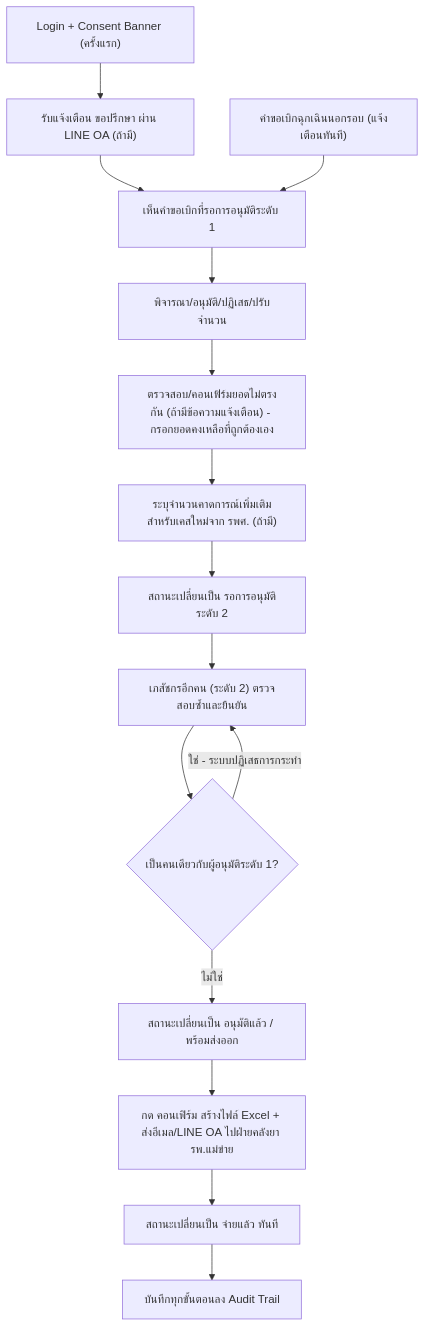
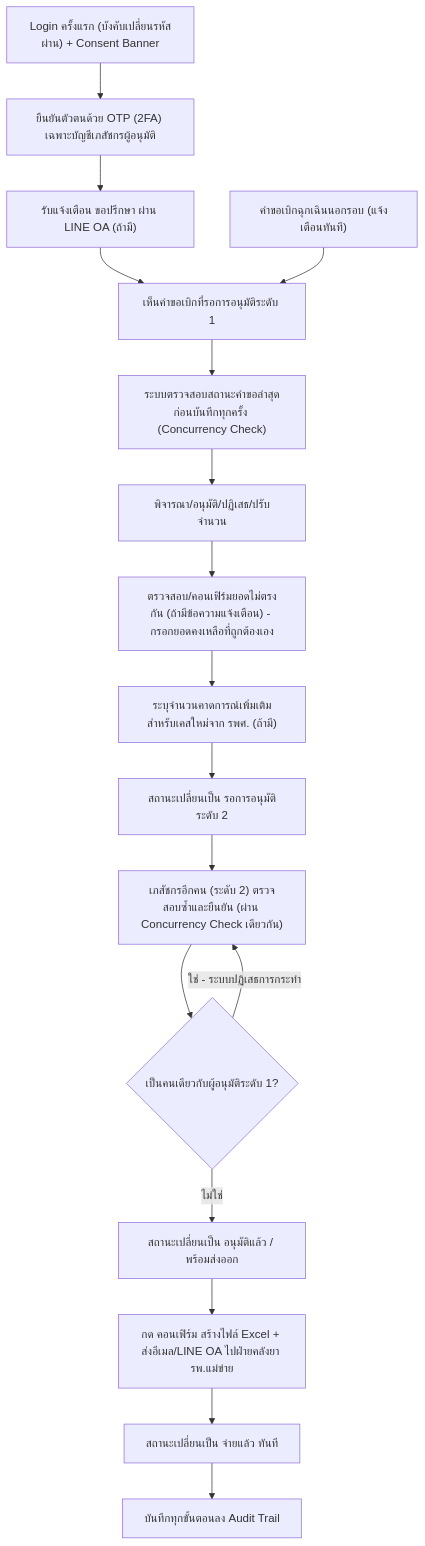
Before and after one commit to 6910127-warang/sync_smart: the diagram in 01-requirements/03-user-journey/pharmacist-journey.md, drawn with Mermaid. The commit also changed other lines of this file and 37 other files, not shown here.

````diff
--- a/01-requirements/03-user-journey/pharmacist-journey.md
+++ b/01-requirements/03-user-journey/pharmacist-journey.md
@@ -9,17 +9,19 @@
 ```mermaid
 flowchart TD
-    A["Login + Consent Banner (ครั้งแรก)"] --> B["รับแจ้งเตือน ขอปรึกษา ผ่าน LINE OA (ถ้ามี)"]
+    A["Login ครั้งแรก (บังคับเปลี่ยนรหัสผ่าน) + Consent Banner"] --> A2["ยืนยันตัวตนด้วย OTP (2FA) เฉพาะบัญชีเภสัชกรผู้อนุมัติ"]
+    A2 --> B["รับแจ้งเตือน ขอปรึกษา ผ่าน LINE OA (ถ้ามี)"]
     B --> C["เห็นคำขอเบิกที่รอการอนุมัติระดับ 1"]
-    C --> D["พิจารณา/อนุมัติ/ปฏิเสธ/ปรับจำนวน"]
+    C --> P1["ระบบตรวจสอบสถานะคำขอล่าสุดก่อนบันทึกทุกครั้ง (Concurrency Check)"]
+    P1 --> D["พิจารณา/อนุมัติ/ปฏิเสธ/ปรับจำนวน"]
     D --> D2["ตรวจสอบ/คอนเฟิร์มยอดไม่ตรงกัน (ถ้ามีข้อความแจ้งเตือน) - กรอกยอดคงเหลือที่ถูกต้องเอง"]
     D2 --> E["ระบุจำนวนคาดการณ์เพิ่มเติมสำหรับเคสใหม่จาก รพศ. (ถ้ามี)"]
     E --> F["สถานะเปลี่ยนเป็น รอการอนุมัติระดับ 2"]
-    F --> G["เภสัชกรอีกคน (ระดับ 2) ตรวจสอบซ้ำและยืนยัน"]
+    F --> G["เภสัชกรอีกคน (ระดับ 2) ตรวจสอบซ้ำและยืนยัน (ผ่าน Concurrency Check เดียวกัน)"]
     G --> H{"เป็นคนเดียวกับผู้อนุมัติระดับ 1?"}
     H -- "ใช่ - ระบบปฏิเสธการกระทำ" --> G
     H -- "ไม่ใช่" --> I["สถานะเปลี่ยนเป็น อนุมัติแล้ว / พร้อมส่งออก"]
     I --> J["กด คอนเฟิร์ม สร้างไฟล์ Excel + ส่งอีเมล/LINE OA ไปฝ่ายคลังยา รพ.แม่ข่าย"]
     J --> K["สถานะเปลี่ยนเป็น จ่ายแล้ว ทันที"]
     K --> N["บันทึกทุกขั้นตอนลง Audit Trail"]
     L["คำขอเบิกฉุกเฉินนอกรอบ (แจ้งเตือนทันที)"] --> C
 ```
````
